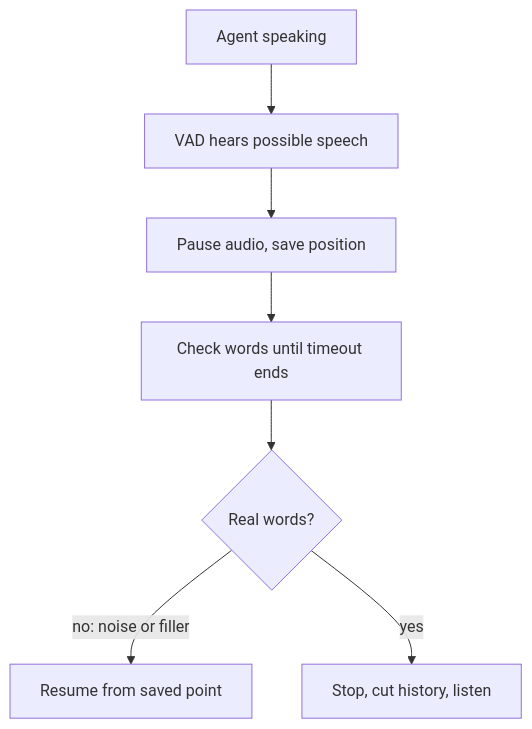
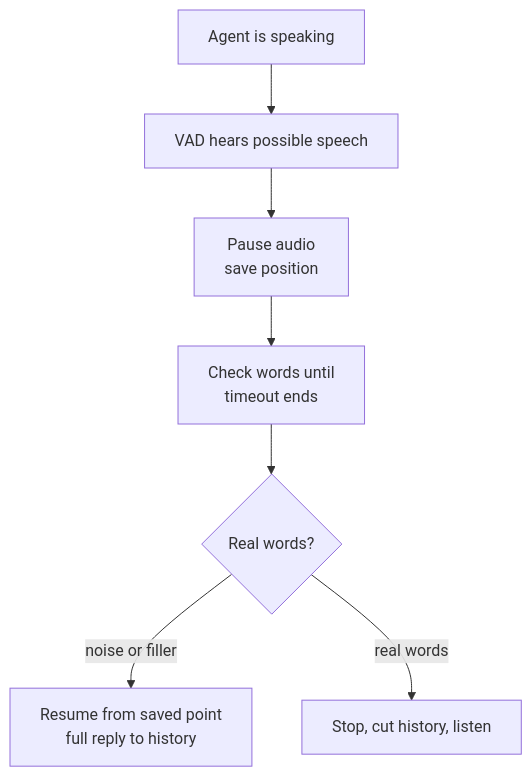
Before and after one commit to kaisarnajar/outcome-school-blogs: the diagram in notes/step-16-ai-infrastructure-deployment-and-system-design/205-false-interruption-recovery.md, drawn with Mermaid. The commit also changed other lines of this file and 233 other files, not shown here.

````diff
--- a/notes/step-16-ai-infrastructure-deployment-and-system-design/205-false-interruption-recovery.md
+++ b/notes/step-16-ai-infrastructure-deployment-and-system-design/205-false-interruption-recovery.md
@@ -48,9 +43,9 @@
 ```mermaid
 flowchart TD
-    A["Agent speaking"] --> B["VAD hears possible speech"]
-    B --> C["Pause audio, save position"]
-    C --> D["Check words until timeout ends"]
-    D --> E{"Real words?"}
-    E -->|"no: noise or filler"| F["Resume from saved point"]
-    E -->|"yes"| G["Stop, cut history, listen"]
+A1["Agent is speaking"] --> B1["VAD hears possible speech"]
+B1 --> C1["Pause audio<br/>save position"]
+C1 --> D1["Check words until<br/>timeout ends"]
+D1 --> E1{"Real words?"}
+E1 -->|"noise or filler"| F1["Resume from saved point<br/>full reply to history"]
+E1 -->|"real words"| G1["Stop, cut history, listen"]
 ```
````
